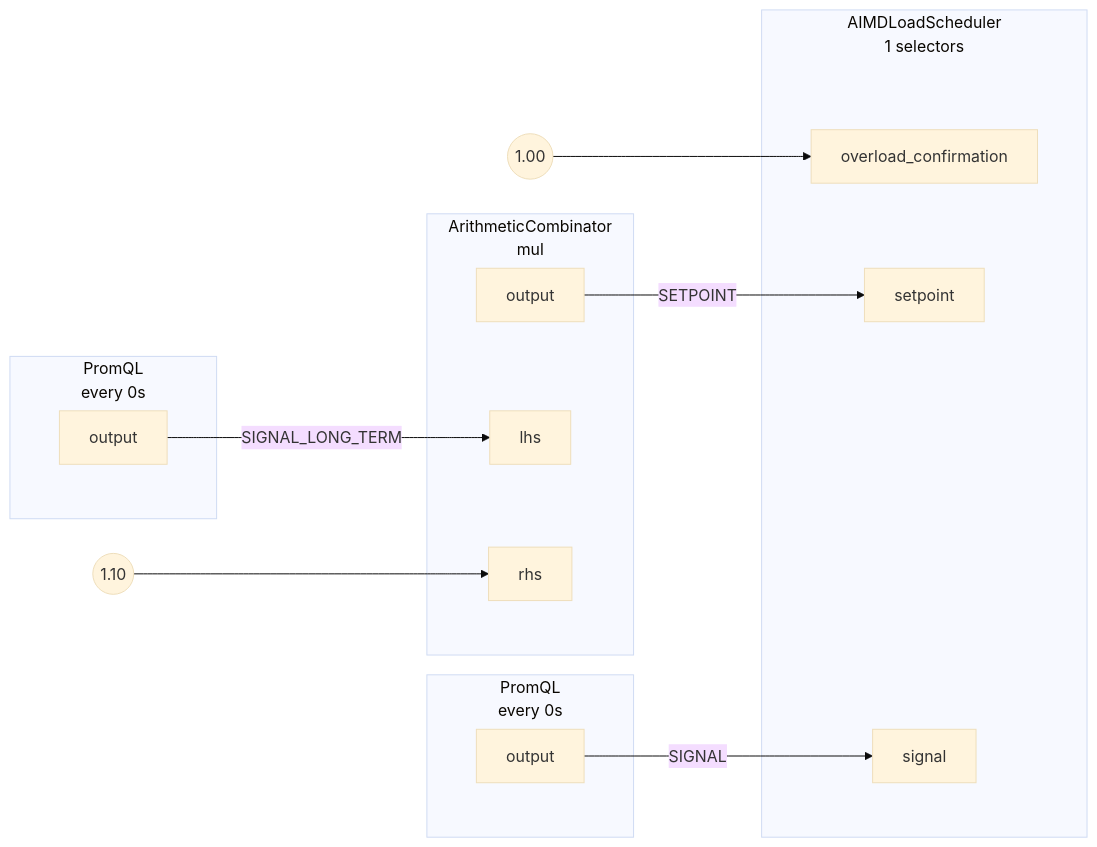
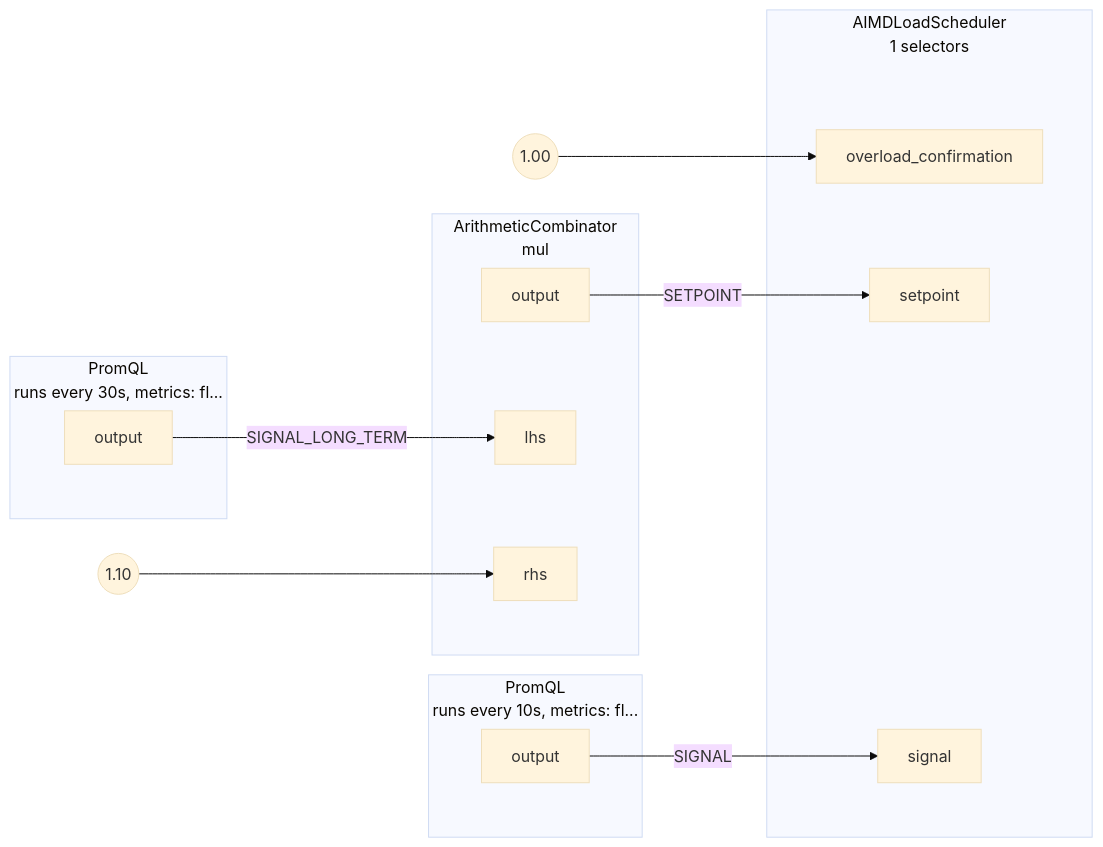
One commit to dataongunlaws/aperture changed the diagram in docs/content/guides/service-load-management/assets/average-latency-feedback/graph.mmd. Above: the diagram before and after it, drawn with Mermaid (base theme). The commit also changed 138 other files, not shown here.

```diff
--- a/docs/content/guides/service-load-management/assets/average-latency-feedback/graph.mmd
+++ b/docs/content/guides/service-load-management/assets/average-latency-feedback/graph.mmd
@@ -1,42 +1,42 @@
 flowchart LR
 subgraph root.0[<center>AIMDLoadScheduler<br/>1 selectors</center>]
 subgraph root.0_inports[ ]
 style root.0_inports fill:none,stroke:none
 root.0overload_confirmation[overload_confirmation]
 root.0setpoint[setpoint]
 root.0signal[signal]
 end
 subgraph root.0_outports[ ]
 style root.0_outports fill:none,stroke:none
 end
 end
 root.0_overload_confirmation_FakeConstantout((1.00))
-subgraph root.1[<center>PromQL<br/>every 0s</center>]
+subgraph root.1[<center>PromQL<br/>runs every 10s, metrics: fl...</center>]
 subgraph root.1_outports[ ]
 style root.1_outports fill:none,stroke:none
 root.1output[output]
 end
 end
-subgraph root.2[<center>PromQL<br/>every 0s</center>]
+subgraph root.2[<center>PromQL<br/>runs every 30s, metrics: fl...</center>]
 subgraph root.2_outports[ ]
 style root.2_outports fill:none,stroke:none
 root.2output[output]
 end
 end
 subgraph root.3[<center>ArithmeticCombinator<br/>mul</center>]
 subgraph root.3_inports[ ]
 style root.3_inports fill:none,stroke:none
 root.3lhs[lhs]
 root.3rhs[rhs]
 end
 subgraph root.3_outports[ ]
 style root.3_outports fill:none,stroke:none
 root.3output[output]
 end
 end
 root.3_rhs_FakeConstantout((1.10))
 root.0_overload_confirmation_FakeConstantout --> root.0overload_confirmation
 root.1output --> |SIGNAL| root.0signal
 root.2output --> |SIGNAL_LONG_TERM| root.3lhs
 root.3output --> |SETPOINT| root.0setpoint
 root.3_rhs_FakeConstantout --> root.3rhs
```
